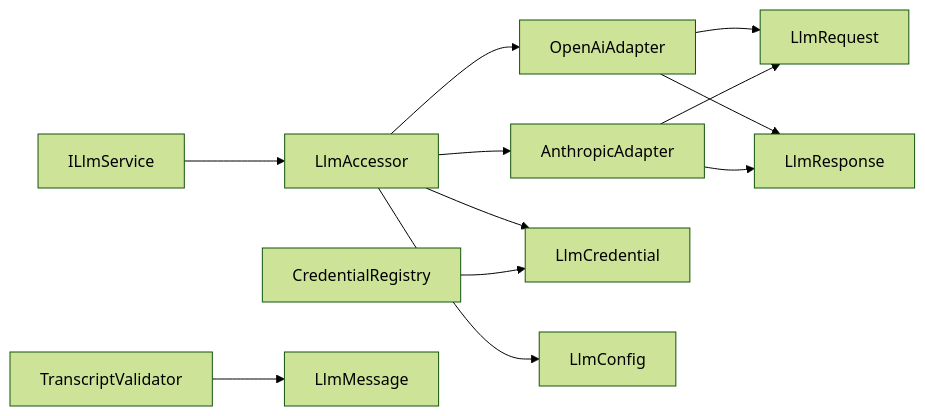
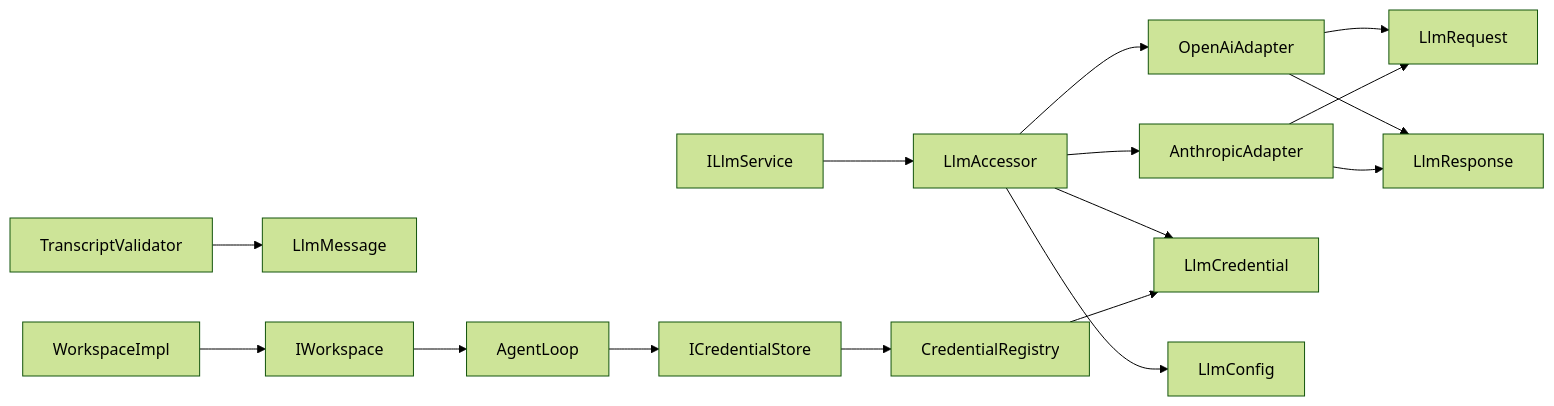
Before and after one commit to suzvka/NPCLife: diagram 12 of 12 in .qoder/repowiki/zh/content/LLM集成系统/LLM集成系统.md, drawn with Mermaid (forest theme). The commit also changed other lines of this file and 11 other files, not shown here.

````diff
--- a/.qoder/repowiki/zh/content/LLM集成系统/LLM集成系统.md
+++ b/.qoder/repowiki/zh/content/LLM集成系统/LLM集成系统.md
@@ -391,14 +565,18 @@
 ```mermaid
 graph LR
 ILlmService --> LlmAccessor
 LlmAccessor --> OpenAiAdapter
 LlmAccessor --> AnthropicAdapter
 OpenAiAdapter --> LlmRequest
 OpenAiAdapter --> LlmResponse
 AnthropicAdapter --> LlmRequest
 AnthropicAdapter --> LlmResponse
 LlmAccessor --> LlmCredential
 LlmAccessor --> LlmConfig
 CredentialRegistry --> LlmCredential
 TranscriptValidator --> LlmMessage
+ICredentialStore --> CredentialRegistry
+AgentLoop --> ICredentialStore
+IWorkspace --> AgentLoop
+WorkspaceImpl --> IWorkspace
 ```
````
